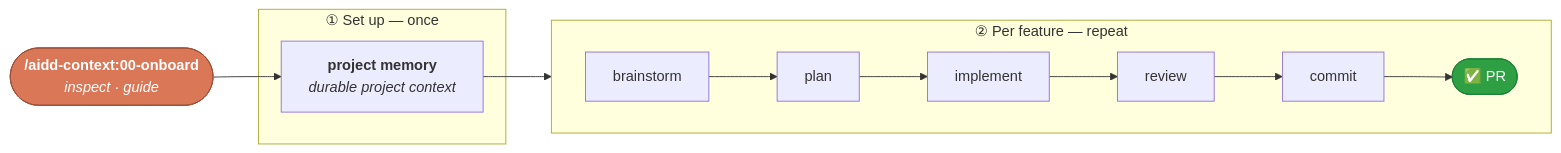
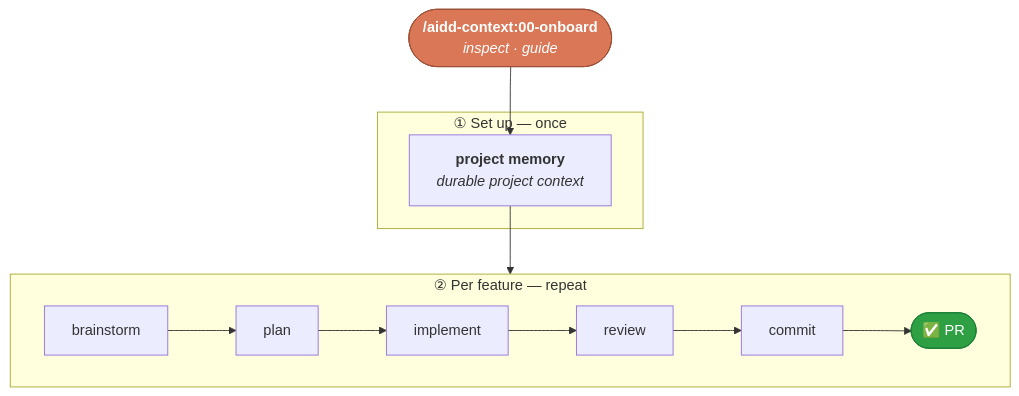
The diagram in README.md (ai-driven-dev/framework), drawn with Mermaid before and after one commit. The commit also changed other lines of this file, not shown here.

First line of the commit message:
docs(framework): restore intro, split Prerequisites/Compatibility, vertical diagram

````diff
--- a/README.md
+++ b/README.md
@@ -168,20 +173,20 @@
 ```mermaid
-flowchart LR
+flowchart TD
     Onboard(["<b>/aidd-context:00-onboard</b><br/><i>inspect · guide</i>"])
 
     subgraph setup["① Set up — once"]
       Memory["<b>project memory</b><br/><i>durable project context</i>"]
     end
 
     subgraph loop["② Per feature — repeat"]
       direction LR
       B["brainstorm"] --> P["plan"] --> I["implement"] --> R["review"] --> C["commit"] --> PR(["✅ PR"])
     end
 
     Onboard --> Memory --> B
 
     classDef hub fill:#D97757,stroke:#9c4f37,color:#fff;
     classDef done fill:#2ea043,stroke:#1a7f37,color:#fff;
     class Onboard hub;
     class PR done;
 ```
````
